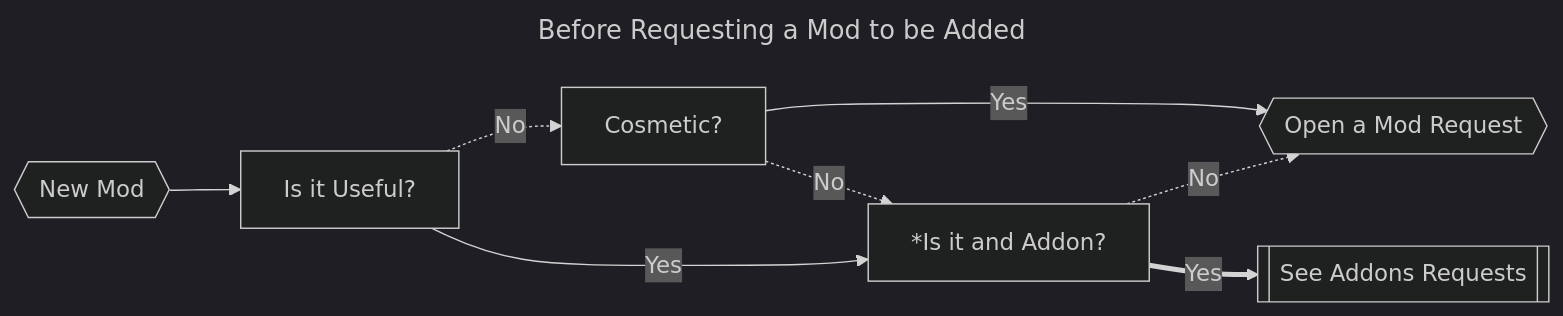
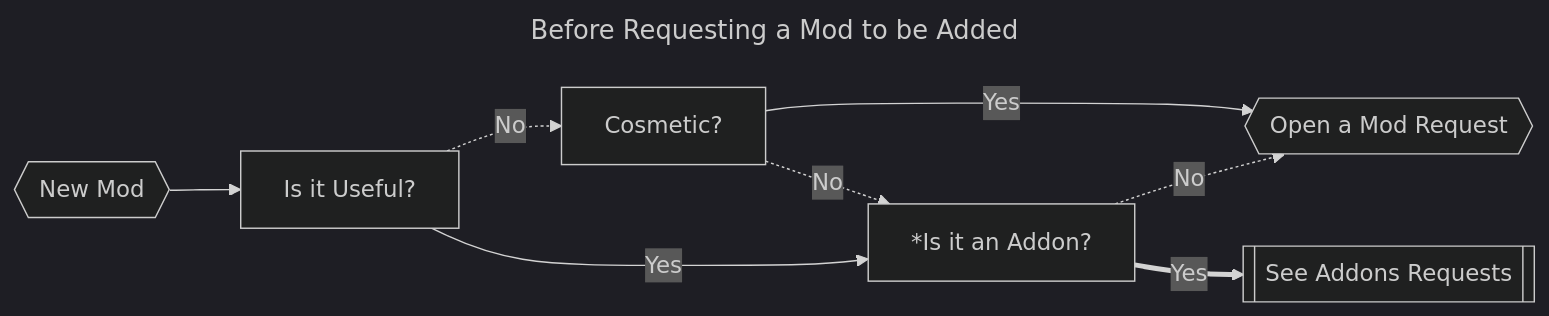
The first of 2 diagrams in README.md (v-Kaefer/Supreme-Adventures-Modpack), drawn with Mermaid (dark theme) before and after one commit.

Commit message:
Update README.md
Spelling correction

````diff
--- a/README.md
+++ b/README.md
@@ -13,13 +13,13 @@
 ```mermaid
 ---
 title: Before Requesting a Mod to be Added
 ---
 flowchart LR
     A{{New Mod}} --> B[Is it Useful?]
     B -. No .-> D[Cosmetic?]
-    B -- Yes --> C[*Is it and Addon?]
+    B -- Yes --> C[*Is it an Addon?]
     C -. No .-> E{{Open a Mod Request}}
     C == Yes ==> F[[See Addons Requests]]
     D -. No .-> C
     D -- Yes --> E
 ```
````
